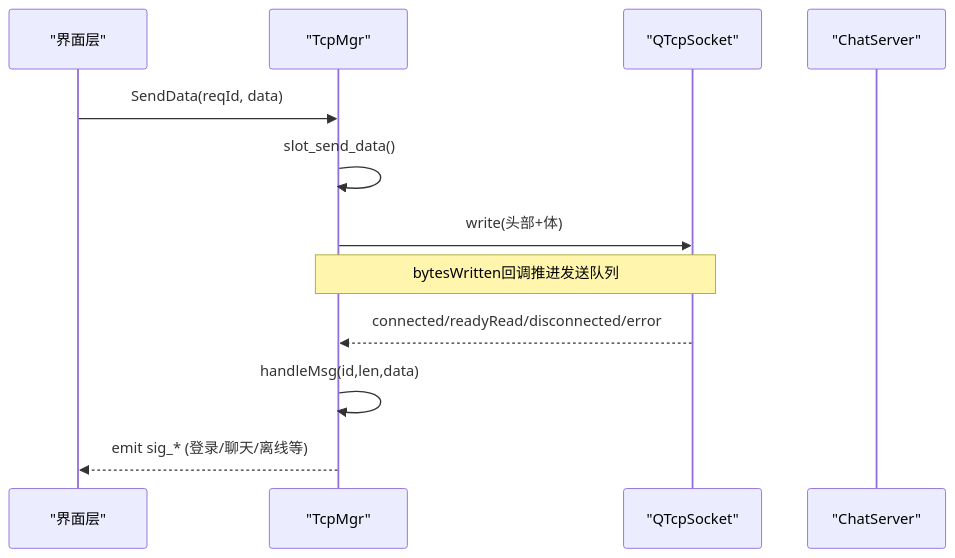
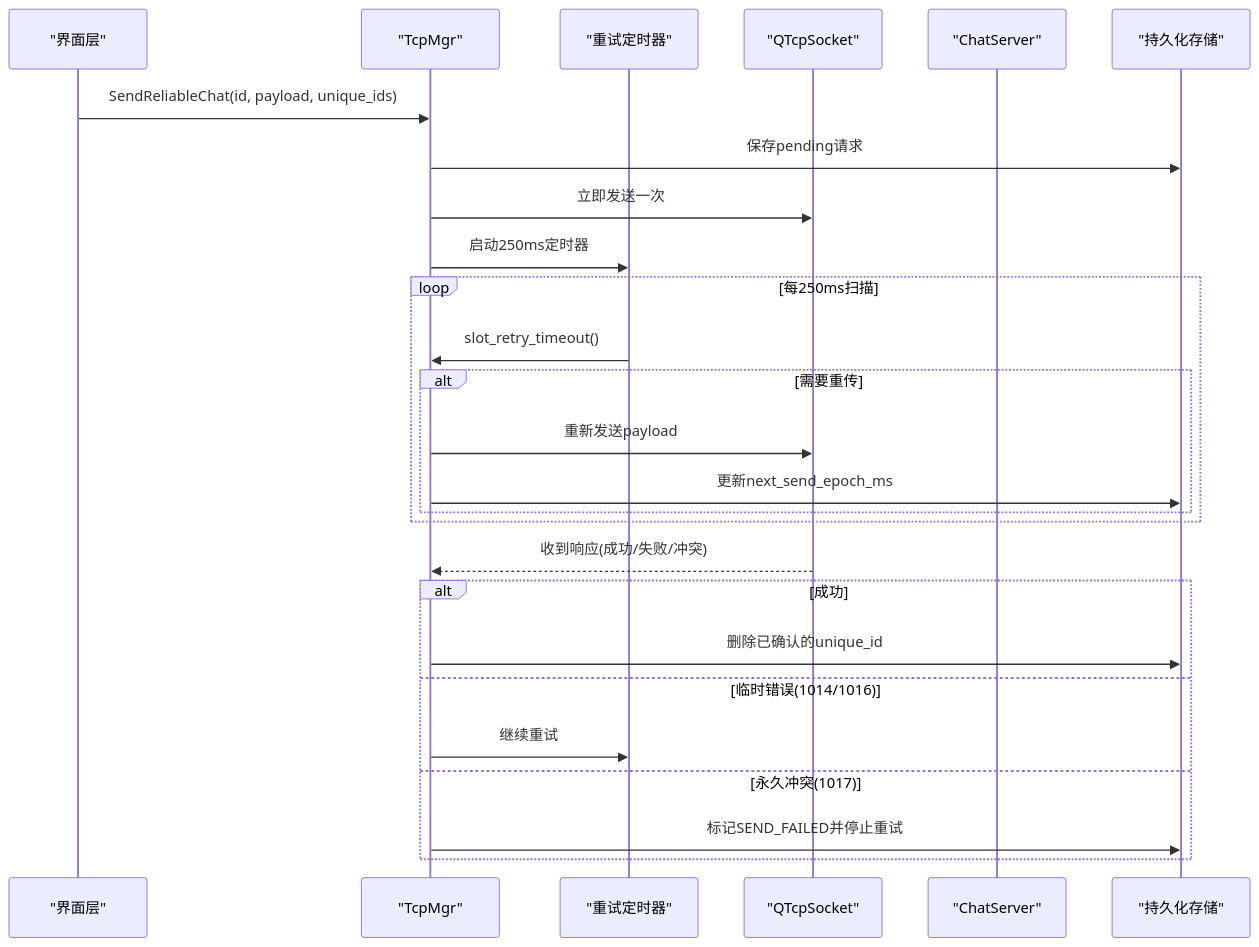
The second of 12 diagrams in .qoder/repowiki/zh/content/客户端开发/网络通信/TCP通信.md (echo9923/mychatter), drawn with Mermaid before and after one commit. The commit also changed other lines of this file and 54 other files, not shown here.

````diff
--- a/.qoder/repowiki/zh/content/客户端开发/网络通信/TCP通信.md
+++ b/.qoder/repowiki/zh/content/客户端开发/网络通信/TCP通信.md
@@ -98,14 +116,28 @@
 ```mermaid
 sequenceDiagram
 participant UI as "界面层"
 participant TcpMgr as "TcpMgr"
+participant RetryTimer as "重试定时器"
 participant Socket as "QTcpSocket"
 participant Server as "ChatServer"
-UI->>TcpMgr : SendData(reqId, data)
-TcpMgr->>TcpMgr : slot_send_data()
-TcpMgr->>Socket : write(头部+体)
-Note over TcpMgr,Socket : bytesWritten回调推进发送队列
-Socket-->>TcpMgr : connected/readyRead/disconnected/error
-TcpMgr->>TcpMgr : handleMsg(id,len,data)
-TcpMgr-->>UI : emit sig_* (登录/聊天/离线等)
+participant Storage as "持久化存储"
+UI->>TcpMgr : SendReliableChat(id, payload, unique_ids)
+TcpMgr->>Storage : 保存pending请求
+TcpMgr->>Socket : 立即发送一次
+TcpMgr->>RetryTimer : 启动250ms定时器
+loop 每250ms扫描
+RetryTimer->>TcpMgr : slot_retry_timeout()
+alt 需要重传
+TcpMgr->>Socket : 重新发送payload
+TcpMgr->>Storage : 更新next_send_epoch_ms
+end
+end
+Socket-->>TcpMgr : 收到响应(成功/失败/冲突)
+alt 成功
+TcpMgr->>Storage : 删除已确认的unique_id
+else 临时错误(1014/1016)
+TcpMgr->>RetryTimer : 继续重试
+else 永久冲突(1017)
+TcpMgr->>Storage : 标记SEND_FAILED并停止重试
+end
 ```
````
